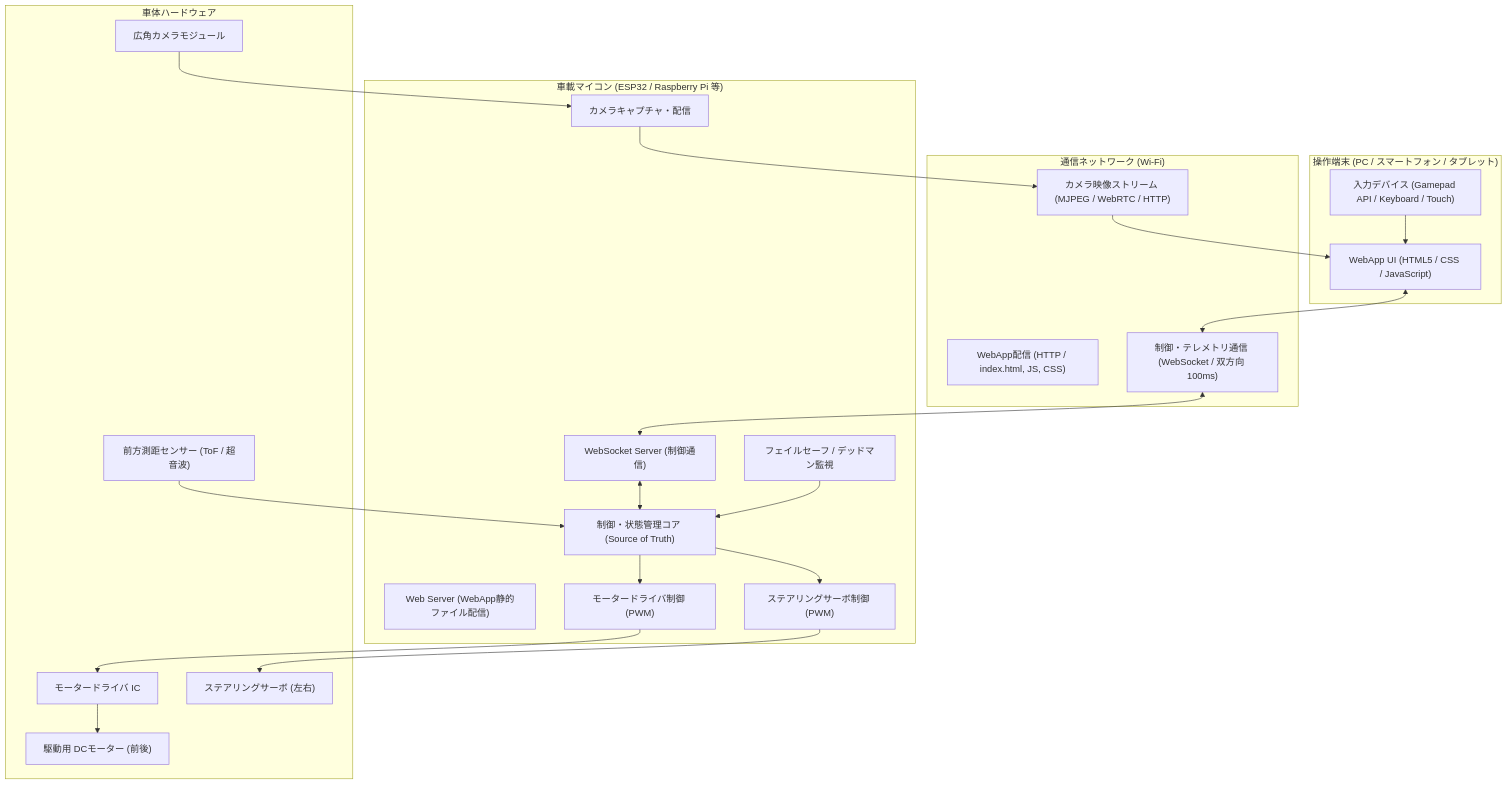
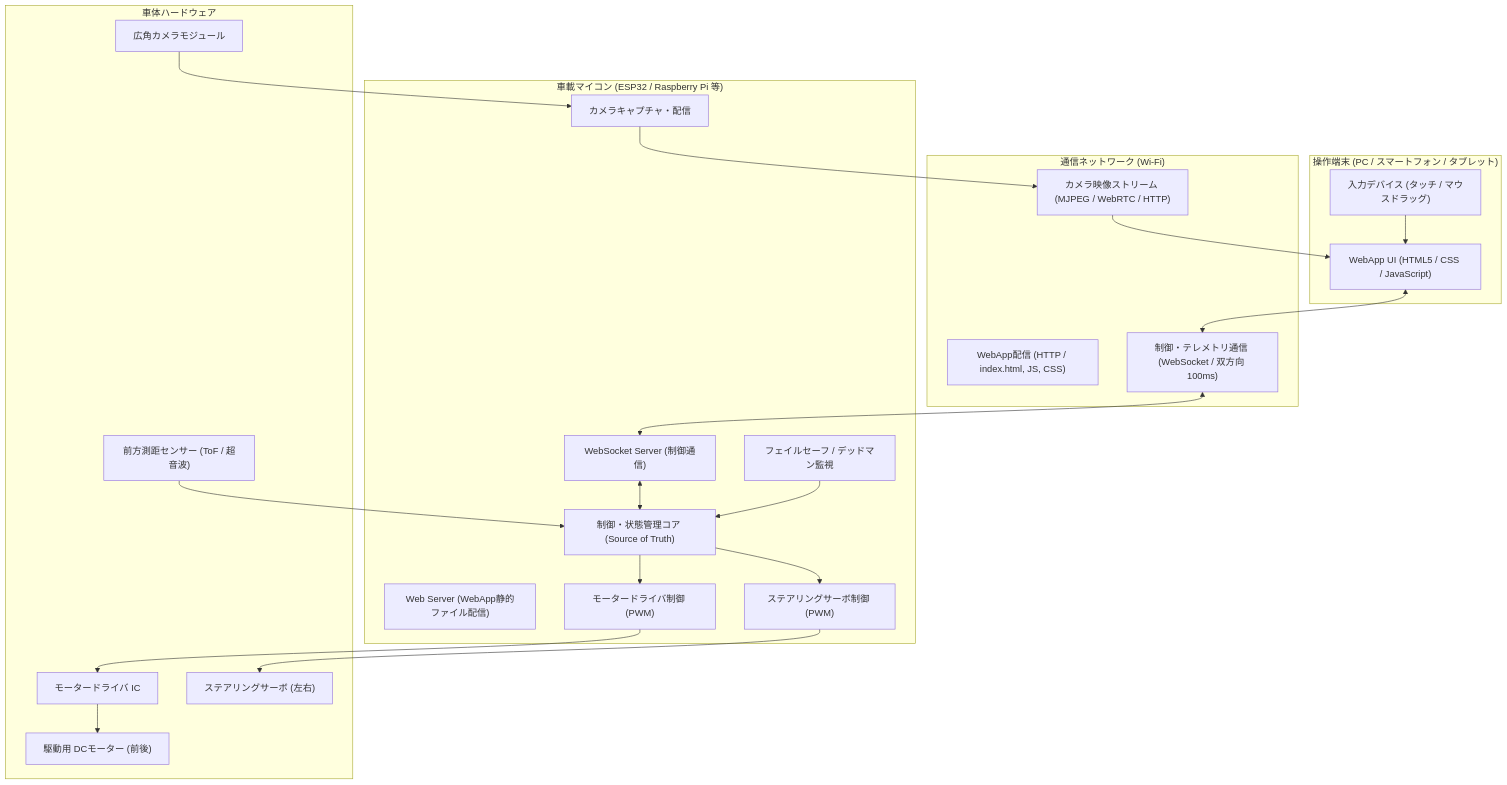
One commit to tut-cc/mini-4wd-webapp changed the first of 3 diagrams in docs/system-architecture.md. Above: the diagram before and after it, drawn with Mermaid. The commit also changed other lines of this file and 8 other files, not shown here.

````diff
--- a/docs/system-architecture.md
+++ b/docs/system-architecture.md
@@ -9,41 +9,41 @@
 ```mermaid
 flowchart TB
     subgraph Client["操作端末 (PC / スマートフォン / タブレット)"]
         UI["WebApp UI (HTML5 / CSS / JavaScript)"]
-        GP["入力デバイス (Gamepad API / Keyboard / Touch)"]
+        GP["入力デバイス (タッチ / マウスドラッグ)"]
         GP --> UI
     end
 
     subgraph Comm["通信ネットワーク (Wi-Fi)"]
         HTTP_UI["WebApp配信 (HTTP / index.html, JS, CSS)"]
         WS_CH["制御・テレメトリ通信 (WebSocket / 双方向 100ms)"]
         CAM_CH["カメラ映像ストリーム (MJPEG / WebRTC / HTTP)"]
     end
 
     subgraph MCU["車載マイコン (ESP32 / Raspberry Pi 等)"]
         HTTP_SVR["Web Server (WebApp静的ファイル配信)"]
         WS_SVR["WebSocket Server (制御通信)"]
         CTRL["制御・状態管理コア (Source of Truth)"]
         FAIL["フェイルセーフ / デッドマン監視"]
         CAM_DRV["カメラキャプチャ・配信"]
         MOTOR_DRV["モータードライバ制御 (PWM)"]
         SERVO_DRV["ステアリングサーボ制御 (PWM)"]
         
         WS_SVR <--> CTRL
         FAIL --> CTRL
         CTRL --> MOTOR_DRV
         CTRL --> SERVO_DRV
     end
 
     subgraph Hardware["車体ハードウェア"]
         M_DRV["モータードライバ IC"] --> DC_M["駆動用 DCモーター (前後)"]
         SERVO["ステアリングサーボ (左右)"]
         LIDAR["前方測距センサー (ToF / 超音波)"] --> CTRL
         CAM["広角カメラモジュール"] --> CAM_DRV
     end
 
     UI <--> WS_CH <--> WS_SVR
     CAM_DRV --> CAM_CH --> UI
     MOTOR_DRV --> M_DRV
     SERVO_DRV --> SERVO
 ```
````
